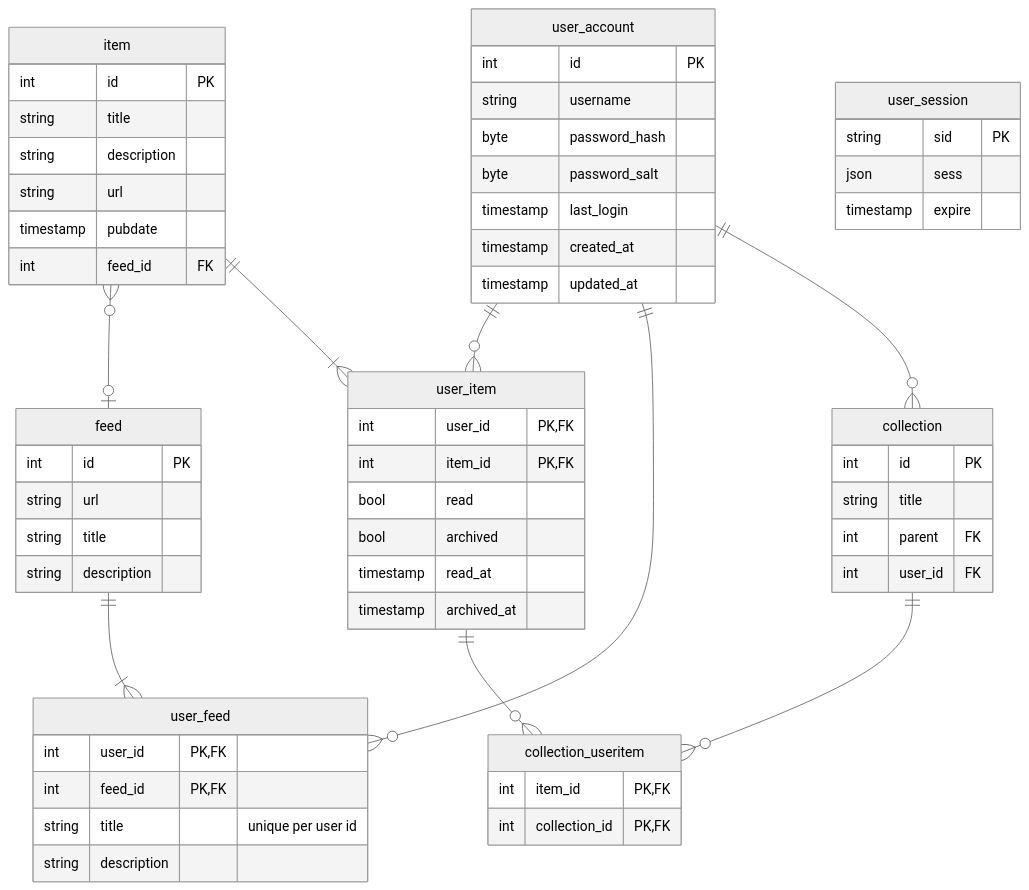
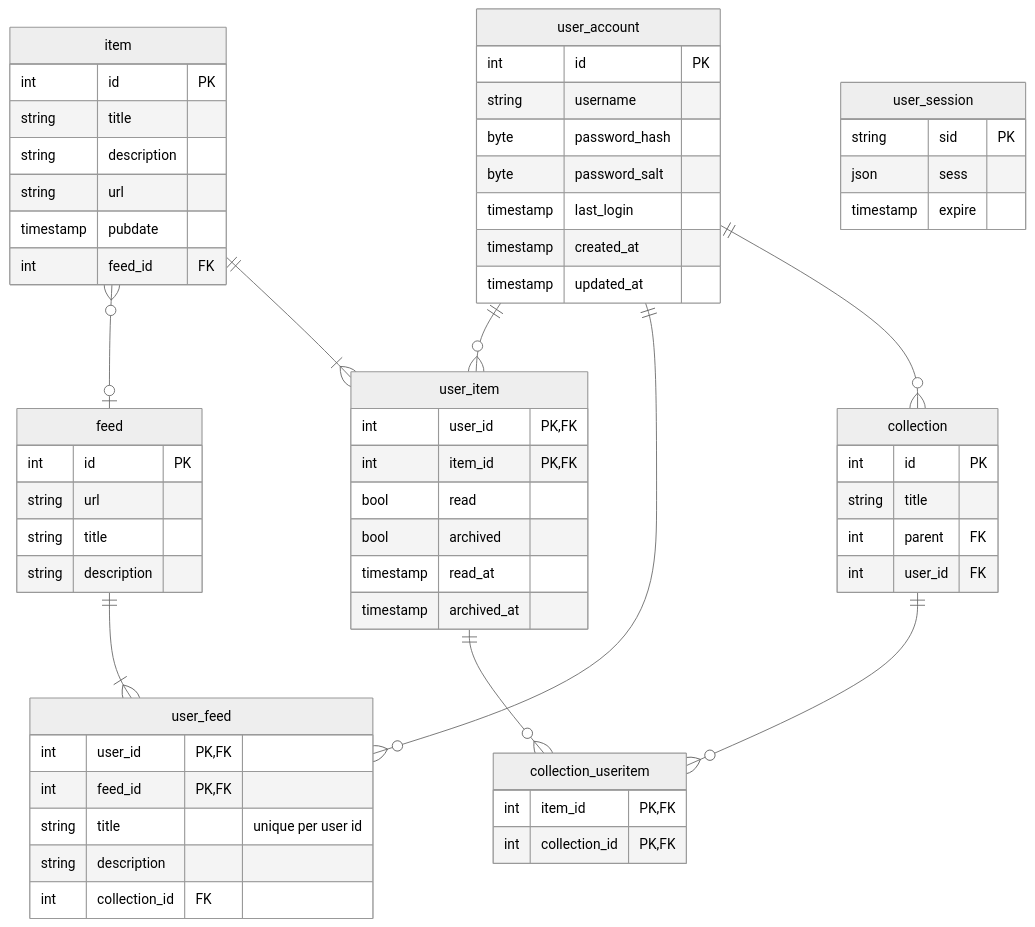
The diagram in database/README.md (tylershelton/inflow), drawn with Mermaid (neutral theme) before and after one commit.

Commit message:
Reflect move from `feed.category_id` --> `user_feed.collection_id`

````diff
--- a/database/README.md
+++ b/database/README.md
@@ -3,67 +3,68 @@
 ```mermaid
 erDiagram
   collection {
 	  int id PK
 	  string title
 	  int parent FK
 	  int user_id FK
 	}
 	feed {
 		int id PK
 		string url
 		string title
 		string description
 	}
 	item {
 		int id PK
 		string title
 		string description
 		string url
 		timestamp pubdate
 		int feed_id FK
 	}
 	user_account {
 		int id PK
 		string username
 		byte password_hash
 		byte password_salt
 		timestamp last_login
 		timestamp created_at
 		timestamp updated_at
 	}
 	user_session {
 		string sid PK
 		json sess
 		timestamp expire
 	}
 	collection_useritem {
 		int item_id PK,FK
 		int collection_id PK,FK
 	}
 	user_feed {
 		int user_id PK,FK
 		int feed_id PK,FK
 		string title "unique per user id"
 		string description
+		int collection_id FK
 	}
 	user_item {
 		int user_id PK,FK
 		int item_id PK,FK
 		bool read
 		bool archived
 		timestamp read_at
 		timestamp archived_at
 	}
 	
 	item zero or many -- zero or one feed : ""
 	user_item one -- zero or more collection_useritem : ""
 	item one -- one or more user_item : ""
 
 	user_account one -- zero or more user_item  : ""
 	user_account one -- zero or more user_feed  : ""
 	user_account one -- zero or more collection : ""
 	
 	feed one -- one or more user_feed : ""
 	
 	collection one -- zero or more collection_useritem : ""
 ```
````
